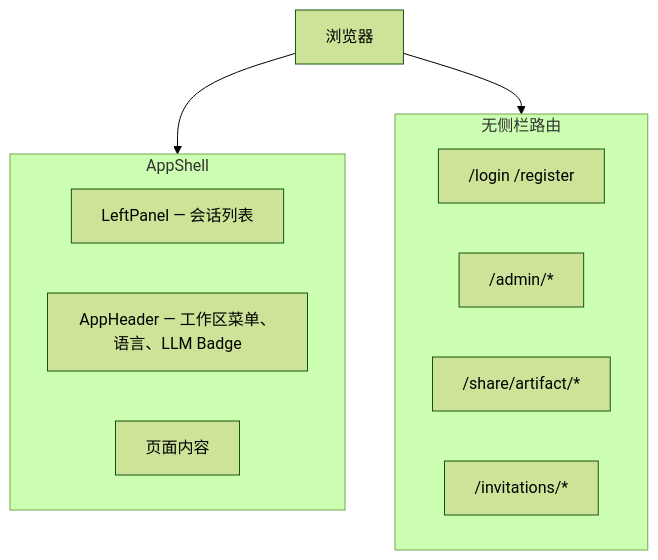
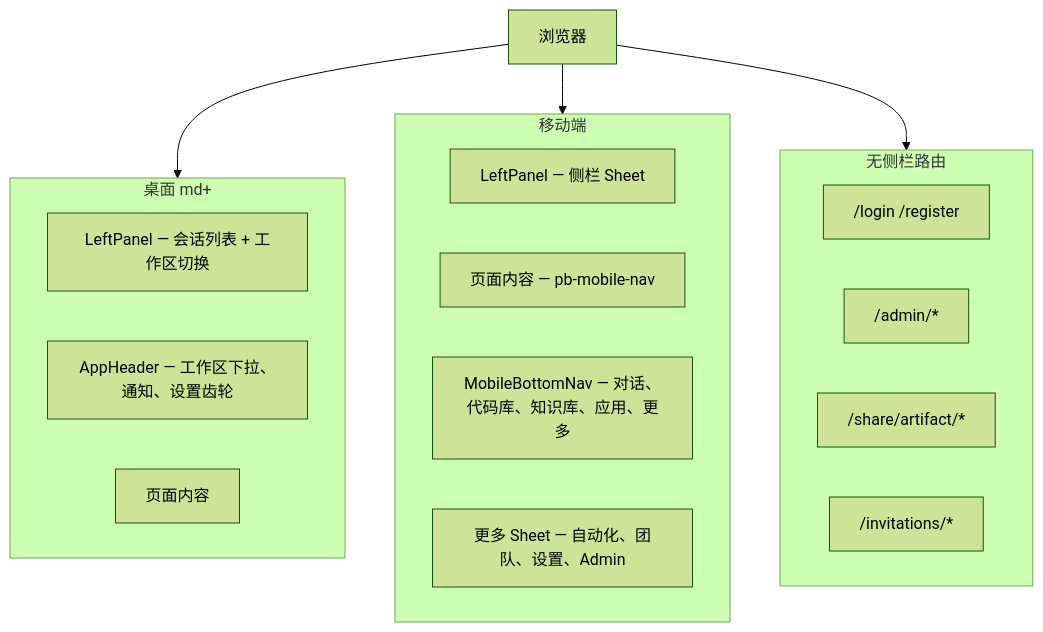
One commit to OceaLong/opencitadel changed the first of 4 diagrams in docs/architecture/frontend-ui.zh-CN.md. Above: the diagram before and after it, drawn with Mermaid (forest theme). The commit also changed other lines of this file and 137 other files, not shown here.

````diff
--- a/docs/architecture/frontend-ui.zh-CN.md
+++ b/docs/architecture/frontend-ui.zh-CN.md
@@ -9,16 +9,23 @@
 ```mermaid
 flowchart TB
-  subgraph shell ["AppShell"]
-    LP["LeftPanel — 会话列表"]
-    HDR["AppHeader — 工作区菜单、语言、LLM Badge"]
+  subgraph desktop ["桌面 md+"]
+    LP["LeftPanel — 会话列表 + 工作区切换"]
+    HDR["AppHeader — 工作区下拉、通知、设置齿轮"]
     MAIN["页面内容"]
+  end
+  subgraph mobile ["移动端"]
+    LPm["LeftPanel — 侧栏 Sheet"]
+    MAINm["页面内容 — pb-mobile-nav"]
+    NAV["MobileBottomNav — 对话、代码库、知识库、应用、更多"]
+    MORE["更多 Sheet — 自动化、团队、设置、Admin"]
   end
   subgraph noShell ["无侧栏路由"]
     AUTH["/login /register"]
     ADMIN["/admin/*"]
     SHARE["/share/artifact/*"]
     INV["/invitations/*"]
   end
-  User["浏览器"] --> shell
+  User["浏览器"] --> desktop
+  User --> mobile
   User --> noShell
 ```
````
